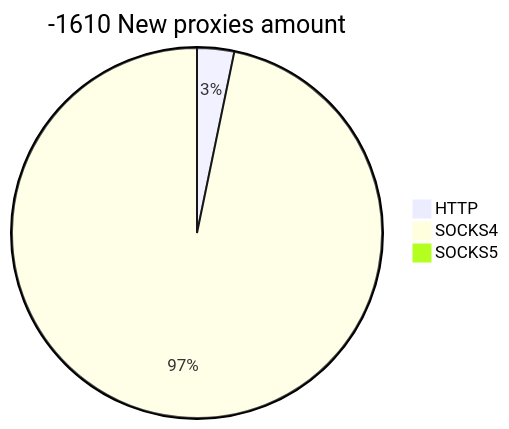
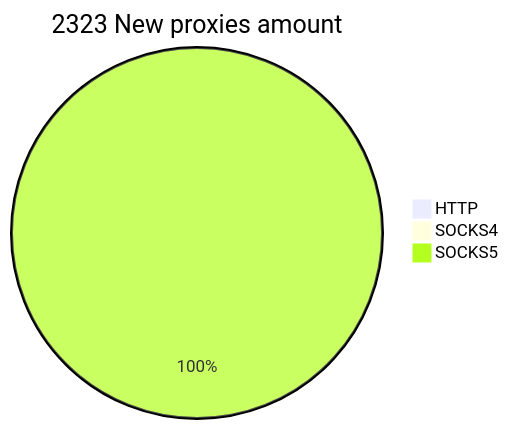
The second of 2 diagrams in README.md (cutipu/proxylist), drawn with Mermaid before and after one commit. The commit also changed other lines of this file, not shown here.

````diff
--- a/README.md
+++ b/README.md
@@ -10,6 +10,6 @@
 ```mermaid
-pie title -1610 New proxies amount
-    "HTTP" : 20
-    "SOCKS4" : 598
-    "SOCKS5" : 0
+pie title 2323 New proxies amount
+    "HTTP" : 1
+    "SOCKS4" : 0
+    "SOCKS5" : 2325
 ```
````
